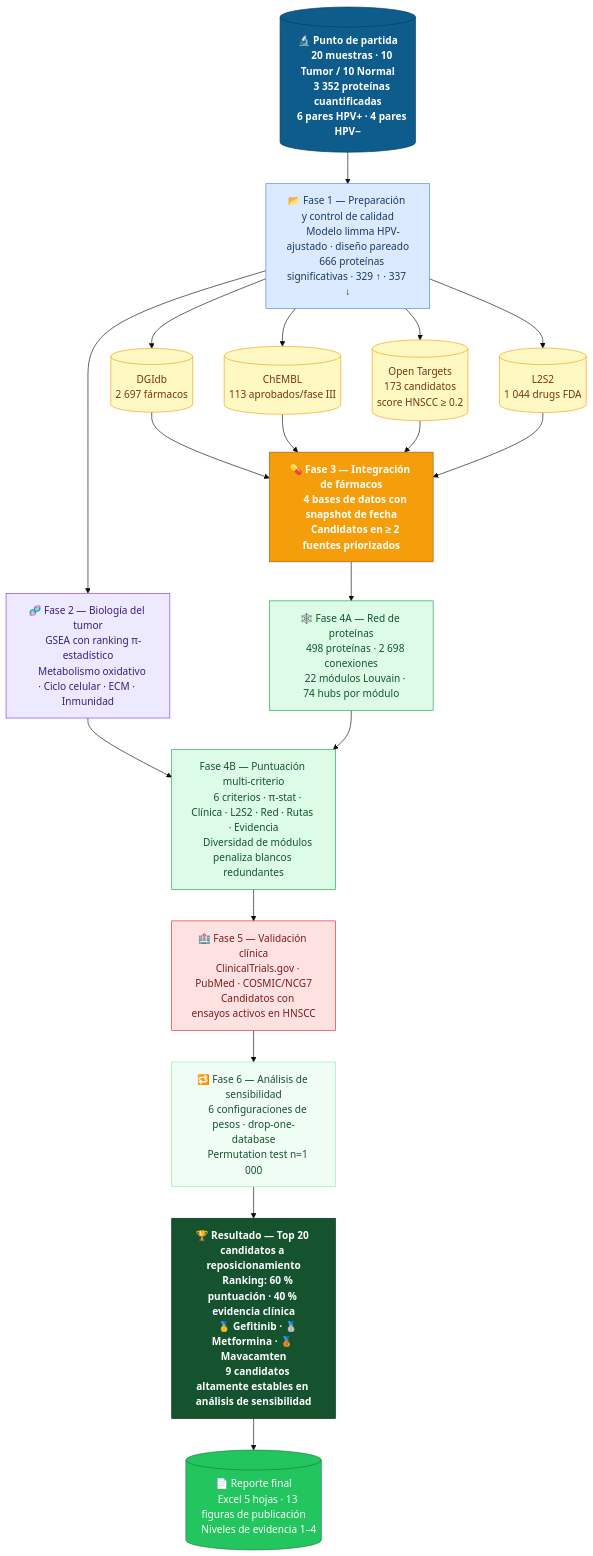
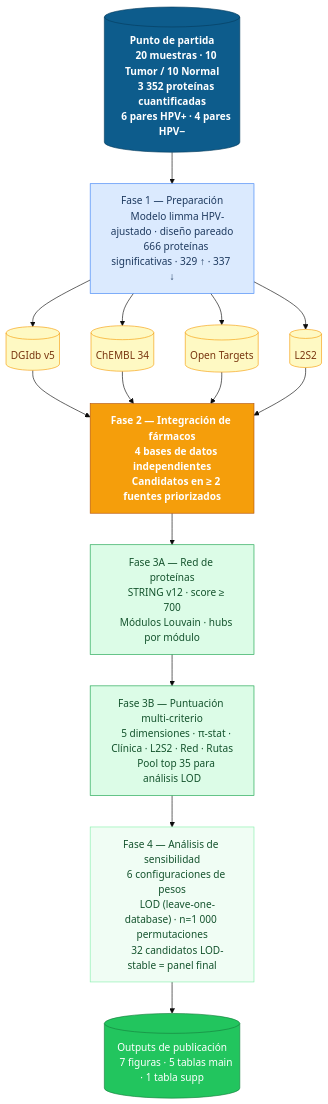
One commit to Nathjnoa/HNSCC_reporpousing changed the diagram in docs/workflow_diagram.md. Above: the diagram before and after it, drawn with Mermaid (base theme). The commit also changed other lines of this file and 107 other files, not shown here.

````diff
--- a/docs/workflow_diagram.md
+++ b/docs/workflow_diagram.md
@@ -11,87 +11,58 @@
 ```mermaid
 flowchart TD
 
-    DATA[("🔬 Punto de partida
+    DATA[("Punto de partida
     20 muestras · 10 Tumor / 10 Normal
     3 352 proteínas cuantificadas
     6 pares HPV+ · 4 pares HPV−")]
 
-    PREP["📂 Fase 1 — Preparación y control de calidad
+    PREP["Fase 1 — Preparación
     Modelo limma HPV-ajustado · diseño pareado
     666 proteínas significativas · 329 ↑ · 337 ↓"]
 
-    BIO["🧬 Fase 2 — Biología del tumor
-    GSEA con ranking π-estadístico
-    Metabolismo oxidativo · Ciclo celular · ECM · Inmunidad"]
+    DB1[("DGIdb v5")]
+    DB2[("ChEMBL 34")]
+    DB3[("Open Targets")]
+    DB4[("L2S2")]
 
-    DB1[("DGIdb
-    2 697 fármacos")]
-
-    DB2[("ChEMBL
-    113 aprobados/fase III")]
-
-    DB3[("Open Targets
-    173 candidatos
-    score HNSCC ≥ 0.2")]
-
-    DB4[("L2S2
-    1 044 drugs FDA")]
-
-    INT["💊 Fase 3 — Integración de fármacos
-    4 bases de datos con snapshot de fecha
+    INT["Fase 2 — Integración de fármacos
+    4 bases de datos independientes
     Candidatos en ≥ 2 fuentes priorizados"]
 
-    NET["🕸️ Fase 4A — Red de proteínas
-    498 proteínas · 2 698 conexiones
-    22 módulos Louvain · 74 hubs por módulo"]
+    NET["Fase 3A — Red de proteínas
+    STRING v12 · score ≥ 700
+    Módulos Louvain · hubs por módulo"]
 
-    SCO["Fase 4B — Puntuación multi-criterio
-    6 criterios · π-stat · Clínica · L2S2 · Red · Rutas · Evidencia
-    Diversidad de módulos penaliza blancos redundantes"]
+    SCO["Fase 3B — Puntuación multi-criterio
+    5 dimensiones · π-stat · Clínica · L2S2 · Red · Rutas
+    Pool top 35 para análisis LOD"]
 
-    VAL["🏥 Fase 5 — Validación clínica
-    ClinicalTrials.gov · PubMed · COSMIC/NCG7
-    Candidatos con ensayos activos en HNSCC"]
+    SENS["Fase 4 — Análisis de sensibilidad
+    6 configuraciones de pesos
+    LOD (leave-one-database) · n=1 000 permutaciones
+    32 candidatos LOD-stable = panel final"]
 
-    SENS["🔁 Fase 6 — Análisis de sensibilidad
-    6 configuraciones de pesos · drop-one-database
-    Permutation test n=1 000"]
-
-    TOP["🏆 Resultado — Top 20 candidatos a reposicionamiento
-    Ranking: 60 % puntuación · 40 % evidencia clínica
-    🥇 Gefitinib · 🥈 Metformina · 🥉 Mavacamten
-    9 candidatos altamente estables en análisis de sensibilidad"]
-
-    OUT[("📄 Reporte final
-    Excel 5 hojas · 13 figuras de publicación
-    Niveles de evidencia 1–4")]
+    OUT[("Outputs de publicación
+    7 figuras · 5 tablas main · 1 tabla supp")]
 
     DATA --> PREP
-    PREP --> BIO
     PREP --> DB1 & DB2 & DB3 & DB4
     DB1 & DB2 & DB3 & DB4 --> INT
-    BIO --> SCO
-    INT --> NET --> SCO --> VAL --> SENS --> TOP --> OUT
+    INT --> NET --> SCO --> SENS --> OUT
 
     classDef input  fill:#0d5c8c,color:#ffffff,stroke:#063d5e,font-weight:bold
     classDef p1     fill:#dbeafe,color:#1e3a5f,stroke:#3b82f6
-    classDef p2     fill:#ede9fe,color:#3b1f7a,stroke:#7c3aed
     classDef dbase  fill:#fef9c3,color:#78350f,stroke:#f59e0b
     classDef p3     fill:#f59e0b,color:#ffffff,stroke:#b45309,font-weight:bold
     classDef p4     fill:#dcfce7,color:#14532d,stroke:#16a34a
-    classDef p5     fill:#fee2e2,color:#7f1d1d,stroke:#dc2626
     classDef sens   fill:#f0fdf4,color:#14532d,stroke:#86efac
-    classDef result fill:#14532d,color:#ffffff,stroke:#052e16,font-weight:bold
     classDef output fill:#22c55e,color:#ffffff,stroke:#15803d
 
     class DATA input
     class PREP p1
-    class BIO p2
     class DB1,DB2,DB3,DB4 dbase
     class INT p3
     class NET,SCO p4
-    class VAL p5
     class SENS sens
-    class TOP result
     class OUT output
 ```
````
